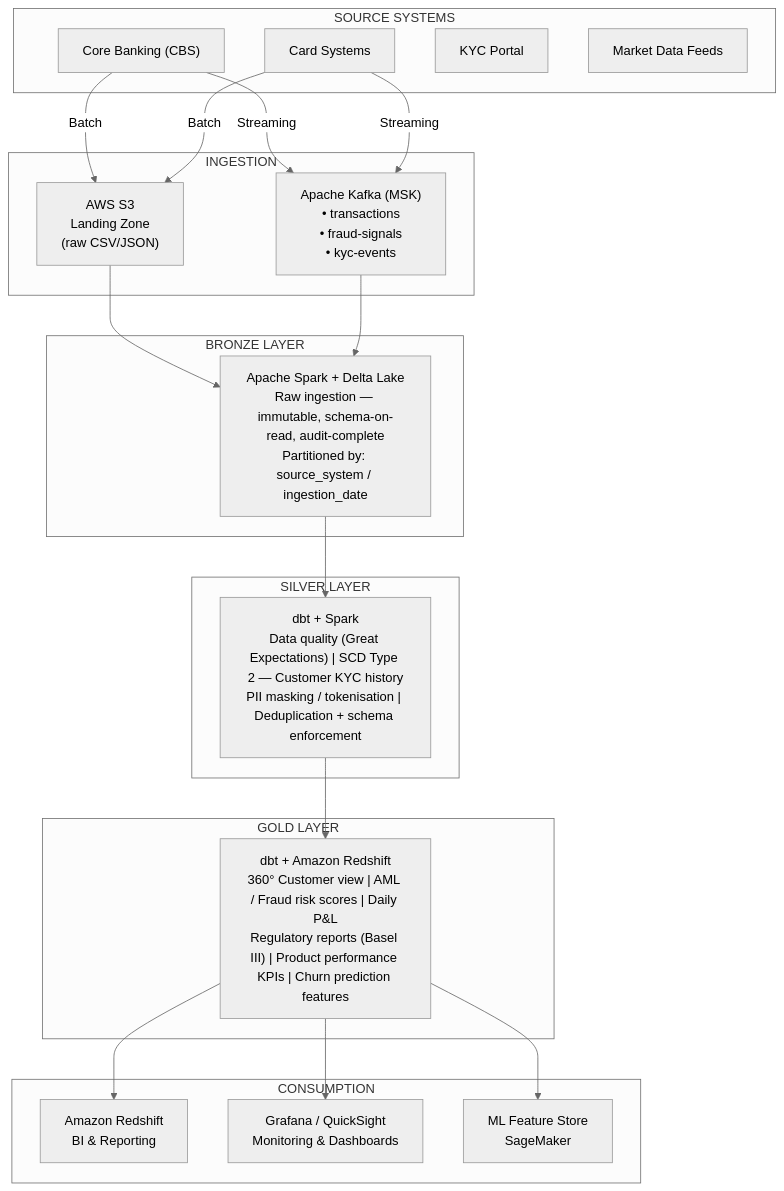
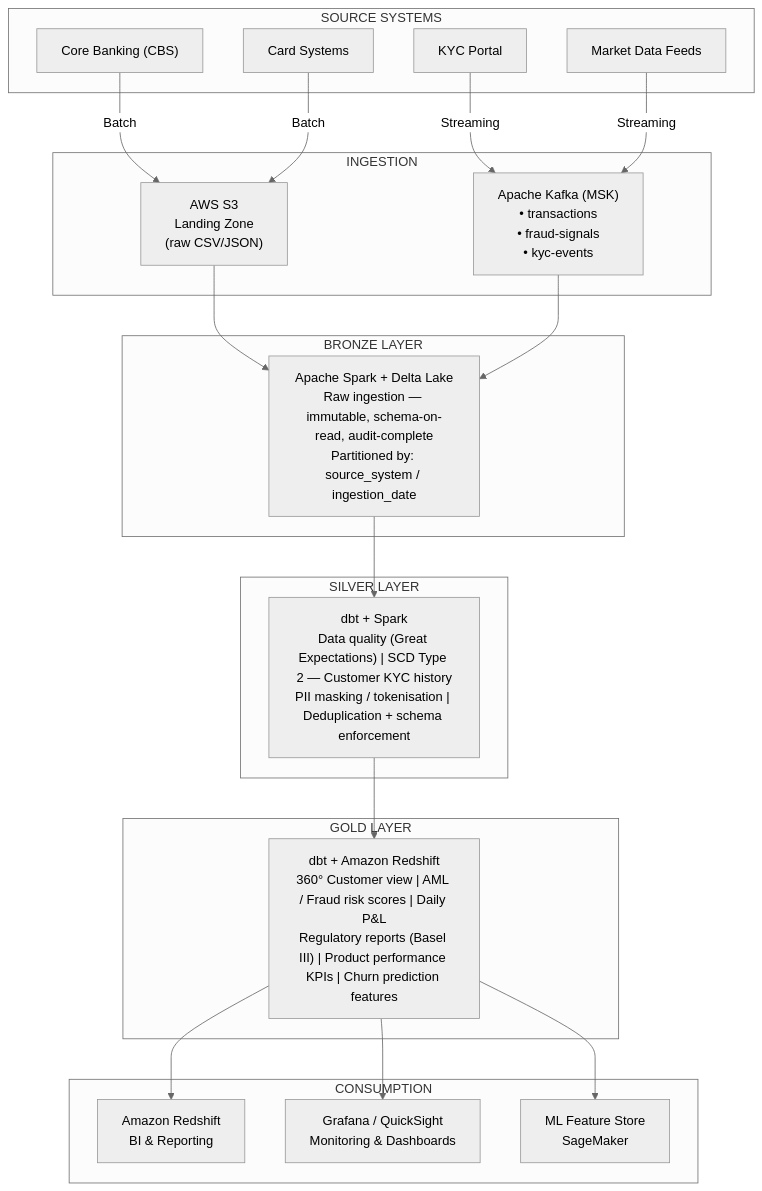
The diagram in README.md (yassine-fetoui/Banking-Data-Engineering-Platform), drawn with Mermaid (neutral theme) before and after one commit.

Commit message:
Update README with KYC and MDF streaming details
Added KYC and MDF streaming connections to KAFKA.

````diff
--- a/README.md
+++ b/README.md
@@ -13,48 +13,49 @@
 ```mermaid
 flowchart TB
     subgraph SRC[" SOURCE SYSTEMS"]
         CBS["Core Banking (CBS)"]
         CARD["Card Systems"]
         KYC["KYC Portal"]
         MDF["Market Data Feeds"]
     end
 
     subgraph ING[" INGESTION"]
         S3["AWS S3<br/>Landing Zone<br/>(raw CSV/JSON)"]
         KAFKA["Apache Kafka (MSK)<br/>• transactions<br/>• fraud-signals<br/>• kyc-events"]
     end
 
     subgraph BRONZE[" BRONZE LAYER"]
         B["Apache Spark + Delta Lake<br/>Raw ingestion — immutable, schema-on-read, audit-complete<br/>Partitioned by: source_system / ingestion_date"]
     end
 
     subgraph SILVER[" SILVER LAYER"]
         S["dbt + Spark<br/>Data quality (Great Expectations) | SCD Type 2 — Customer KYC history<br/>PII masking / tokenisation | Deduplication + schema enforcement"]
     end
 
     subgraph GOLD["GOLD LAYER"]
         G["dbt + Amazon Redshift<br/>360° Customer view | AML / Fraud risk scores | Daily P&L<br/>Regulatory reports (Basel III) | Product performance KPIs | Churn prediction features"]
     end
 
     subgraph CONS["CONSUMPTION"]
         RS["Amazon Redshift<br/>BI & Reporting"]
         GRAF["Grafana / QuickSight<br/>Monitoring & Dashboards"]
         ML["ML Feature Store<br/>SageMaker"]
     end
 
     CBS -->|"Batch "| S3
     CARD -->|"Batch "| S3
-   
+  
     
-    CBS -->|"Streaming"| KAFKA
-    CARD -->|"Streaming"| KAFKA
+
+    KYC -->|"Streaming"| KAFKA
+    MDF -->|"Streaming"| KAFKA
   
 
     S3 --> B
     KAFKA --> B
     B --> S
     S --> G
     G --> RS
     G --> GRAF
     G --> ML
 ```
````
